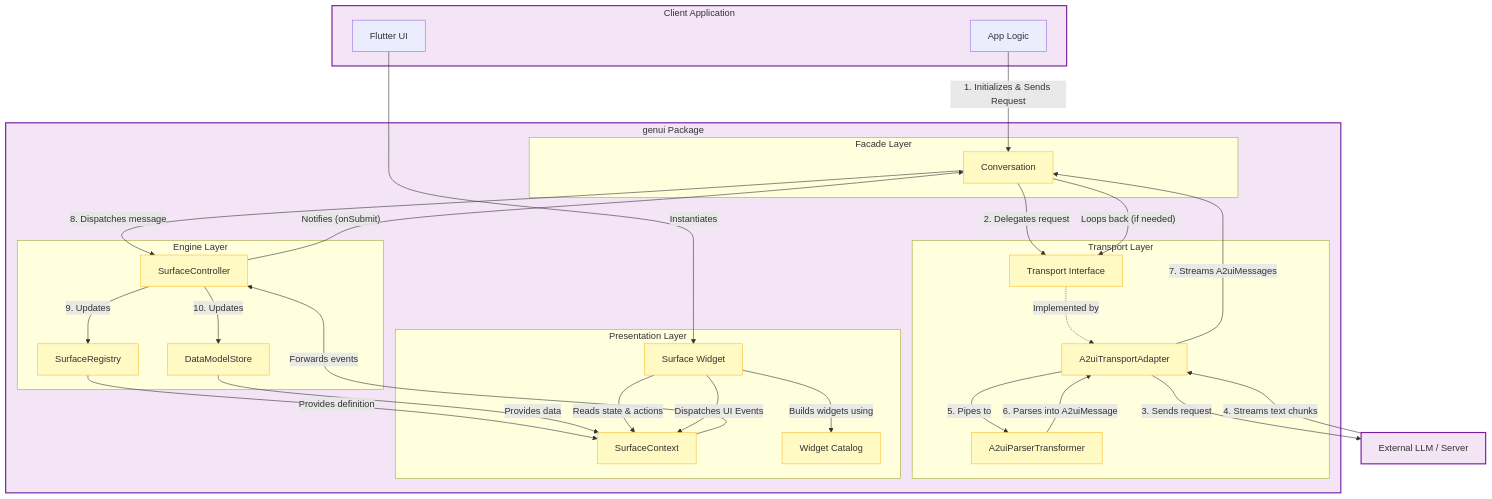
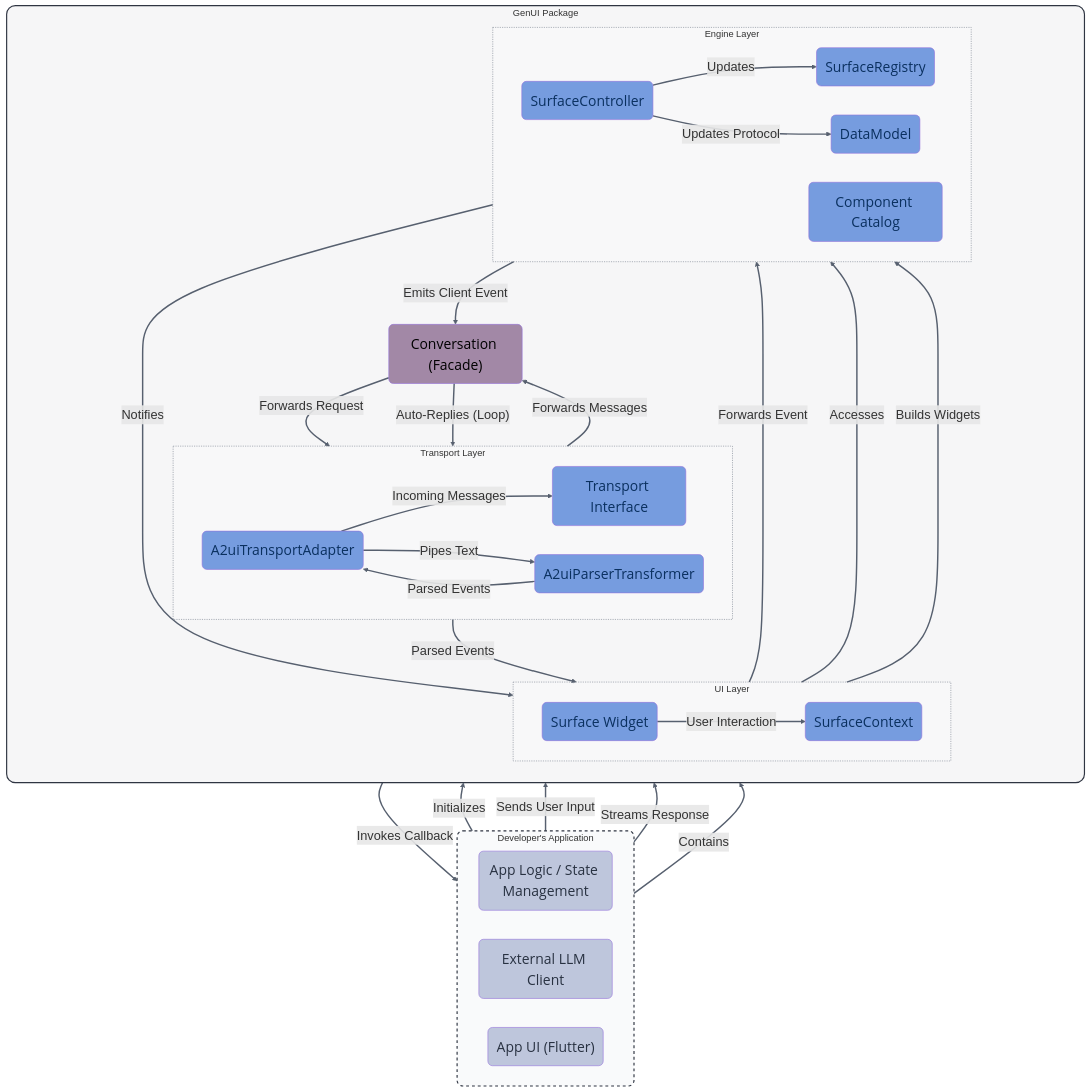
Before and after one commit to polina-c/genui: the diagram in packages/genui/docs/architecture.mmd, drawn with Mermaid. The commit also changed 14 other files, not shown here.

Commit message:
Update diagrams

```diff
--- a/packages/genui/docs/architecture.mmd
+++ b/packages/genui/docs/architecture.mmd
@@ -1,68 +1,83 @@
 graph TD
-    subgraph ClientApp ["Client Application"]
-        AppLogic["App Logic"]
-        FlutterUI["Flutter UI"]
+    %% --- Theme & Style Definitions ---
+    classDef default font-family:'Open Sans', sans-serif, font-size:24px, color:#0a305f;
+
+    %% Regional Containers (Semi-transparent)
+    classDef developer fill:#f1f2f666,stroke:#2f3542,stroke-width:2px,stroke-dasharray: 5 5,rx:10;
+    classDef genui fill:#747d8c11,stroke:#2f3542,stroke-width:2px,rx:15;
+
+    %% Components (Increased rx/ry for more breathing room)
+    classDef component fill:#769CDF,color:#0a305f,rx:8,ry:8;
+    classDef userComponent fill:#bec6dc,color:#283141,rx:8,ry:8;
+    classDef facade fill:#A288A6,color:#000,rx:8,ry:8;
+    classDef layerBox fill:#ffffff33,stroke:#747d8c,stroke-width:1px,stroke-dasharray: 2 2;
+
+    subgraph DevApp ["Developer's Application"]
+        direction LR
+        AppLogic("App Logic / State Management"):::userComponent
+        LLMClient("External LLM Client"):::userComponent
+        AppUI("App UI (Flutter)"):::userComponent
     end
 
-    subgraph GenUI ["genui Package"]
+    subgraph GenUIPkg ["GenUI Package"]
+        direction TB
+        Conversation("Conversation (Facade)"):::facade
 
-        subgraph Facade ["Facade Layer"]
-            Conversation["Conversation"]
+        subgraph Transport ["Transport Layer"]
+            direction LR
+            TransportInt("Transport Interface"):::component
+            Adapter("A2uiTransportAdapter"):::component
+            Transformer("A2uiParserTransformer"):::component
         end
 
-        subgraph TransportLayer ["Transport Layer"]
-            Transport["Transport Interface"]
-            A2uiAdapter["A2uiTransportAdapter"]
-            Transformer["A2uiParserTransformer"]
+        subgraph UILayer ["UI Layer"]
+            direction LR
+            Surface("Surface Widget"):::component
+            SurfaceContext("SurfaceContext"):::component
         end
 
         subgraph Engine ["Engine Layer"]
-            SurfaceController["SurfaceController"]
-            Registry["SurfaceRegistry"]
-            DataModelStore["DataModelStore"]
-        end
-
-        subgraph Presentation ["Presentation Layer"]
-            Surface["Surface Widget"]
-            SurfaceContext["SurfaceContext"]
-            Catalog["Widget Catalog"]
+            direction LR
+            Controller("SurfaceController"):::component
+            Registry("SurfaceRegistry"):::component
+            DataModel("DataModel"):::component
+            Catalog("Component Catalog"):::component
         end
     end
 
-    Backend["External LLM / Server"]
+    %% --- Functional Wiring ---
 
-    %% Flow Connections
-    AppLogic -- "1. Initializes & Sends Request" --> Conversation
-    Conversation -- "2. Delegates request" --> Transport
-    Transport -. "Implemented by" .-> A2uiAdapter
+    AppLogic == "Initializes" ==> Conversation
+    AppLogic == "Sends User Input" ==> Conversation
 
-    A2uiAdapter -- "3. Sends request" --> Backend
-    Backend -- "4. Streams text chunks" --> A2uiAdapter
-    A2uiAdapter -- "5. Pipes to" --> Transformer
-    Transformer -- "6. Parses into A2uiMessage" --> A2uiAdapter
-    A2uiAdapter -- "7. Streams A2uiMessages" --> Conversation
+    Conversation == "Forwards Request" ==> TransportInt
+    TransportInt == "Invokes Callback" ==> LLMClient
+    LLMClient == "Streams Response" ==> Adapter
+    Adapter == "Pipes Text" ==> Transformer
+    Transformer == "Parsed Events" ==> Adapter
+    Adapter == "Incoming Messages" ==> TransportInt
+    TransportInt == "Forwards Messages" ==> Conversation
 
-    Conversation -- "8. Dispatches message" --> SurfaceController
-    SurfaceController -- "9. Updates" --> Registry
-    SurfaceController -- "10. Updates" --> DataModelStore
+    %% Layer Anchoring
+    Adapter == "Parsed Events" ==> Surface
+    AppUI == "Contains" ==> Surface
 
-    Registry -- "Provides definition" --> SurfaceContext
-    DataModelStore -- "Provides data" --> SurfaceContext
+    Surface == "User Interaction" ==> SurfaceContext
+    SurfaceContext == "Forwards Event" ==> Controller
 
-    FlutterUI -- "Instantiates" --> Surface
-    Surface -- "Reads state & actions" --> SurfaceContext
-    Surface -- "Builds widgets using" --> Catalog
+    Controller == "Updates" ==> Registry
+    Registry == "Notifies" ==> Surface
+    Controller == "Updates Protocol" ==> DataModel
+    SurfaceContext == "Accesses" ==> DataModel
+    Surface == "Builds Widgets" ==> Catalog
 
-    Surface -- "Dispatches UI Events" --> SurfaceContext
-    SurfaceContext -- "Forwards events" --> SurfaceController
-    SurfaceController -- "Notifies (onSubmit)" --> Conversation
-    Conversation -- "Loops back (if needed)" --> Transport
+    Controller == "Emits Client Event" ==> Conversation
+    Conversation == "Auto-Replies (Loop)" ==> TransportInt
 
-    %% Styling
-    classDef package fill:#e1f5fe,stroke:#01579b,stroke-width:2px;
-    classDef component fill:#fff9c4,stroke:#fbc02d,stroke-width:1px;
-    classDef extern fill:#f3e5f5,stroke:#7b1fa2,stroke-width:2px;
+    %% Apply Classes
+    class DevApp developer;
+    class GenUIPkg genui;
+    class Transport,Engine,UILayer layerBox;
 
-    class Conversation,Transport,A2uiAdapter,Transformer,SurfaceController,Registry,DataModelStore,Surface,SurfaceContext,Catalog component;
-    class ClientApp,GenUI extern;
-    class Backend extern;
+    %% Global line styling (Slightly thicker for the larger font scale)
+    linkStyle default stroke:#57606f,stroke-width:2.5px,font-size:22px;
```
